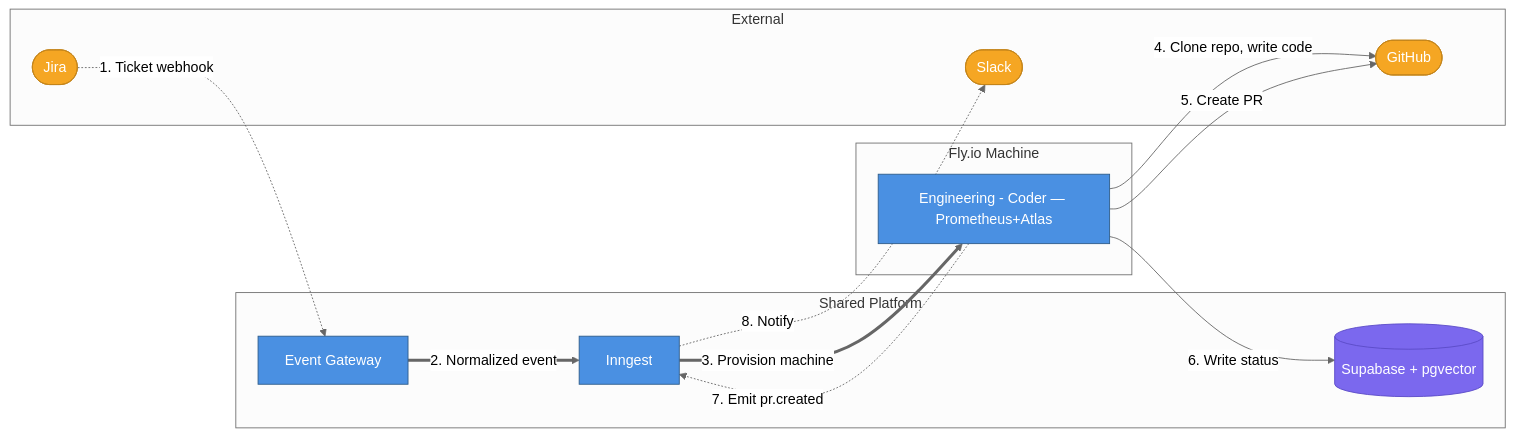
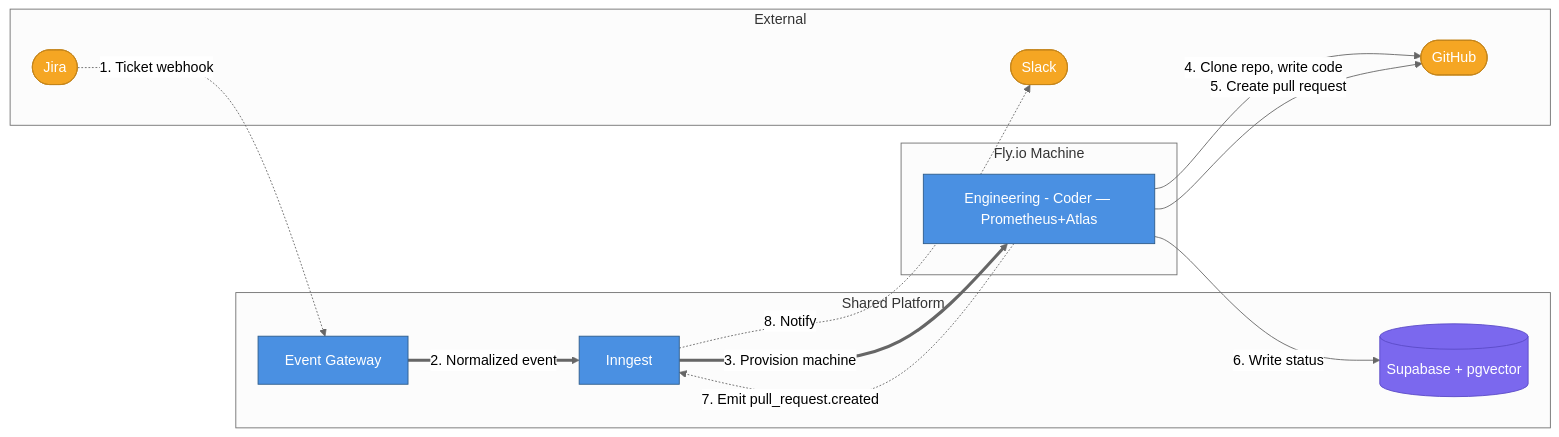
The fourth of 4 diagrams in docs/2026-04-14-0104-full-system-vision.md (viiqswim/dozaldevs-ai-employee), drawn with Mermaid (neutral theme) before and after one commit. The commit also changed other lines of this file and 1 other file, not shown here.

````diff
--- a/docs/2026-04-14-0104-full-system-vision.md
+++ b/docs/2026-04-14-0104-full-system-vision.md
@@ -408,31 +632,31 @@
 ```mermaid
 flowchart LR
     subgraph External
         JIRA(["Jira"]):::external
         GH(["GitHub"]):::external
         SLACK(["Slack"]):::external
     end
 
     subgraph Shared Platform
         GW["Event Gateway"]:::service
         INN["Inngest"]:::service
         SB[("Supabase + pgvector")]:::storage
     end
 
     subgraph Fly.io Machine
         EXEC["Engineering - Coder — Prometheus+Atlas"]:::service
     end
 
     JIRA -.->|"1. Ticket webhook"| GW
     GW ==>|"2. Normalized event"| INN
     INN ==>|"3. Provision machine"| EXEC
     EXEC -->|"4. Clone repo, write code"| GH
-    EXEC -->|"5. Create PR"| GH
+    EXEC -->|"5. Create pull request"| GH
     EXEC -->|"6. Write status"| SB
-    EXEC -.->|"7. Emit pr.created"| INN
+    EXEC -.->|"7. Emit pull_request.created"| INN
     INN -.->|"8. Notify"| SLACK
 
     classDef service fill:#4A90E2,stroke:#2E5C8A,color:#fff
     classDef storage fill:#7B68EE,stroke:#5B4BC7,color:#fff
     classDef external fill:#F5A623,stroke:#C4841A,color:#fff
 ```
````
